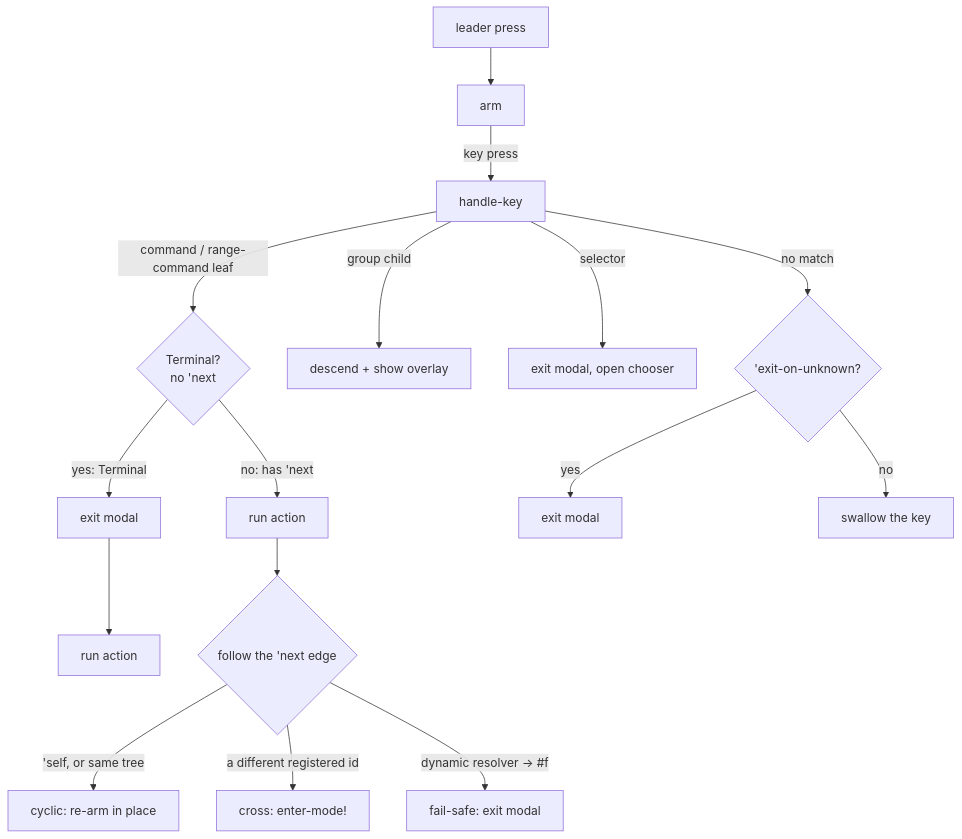
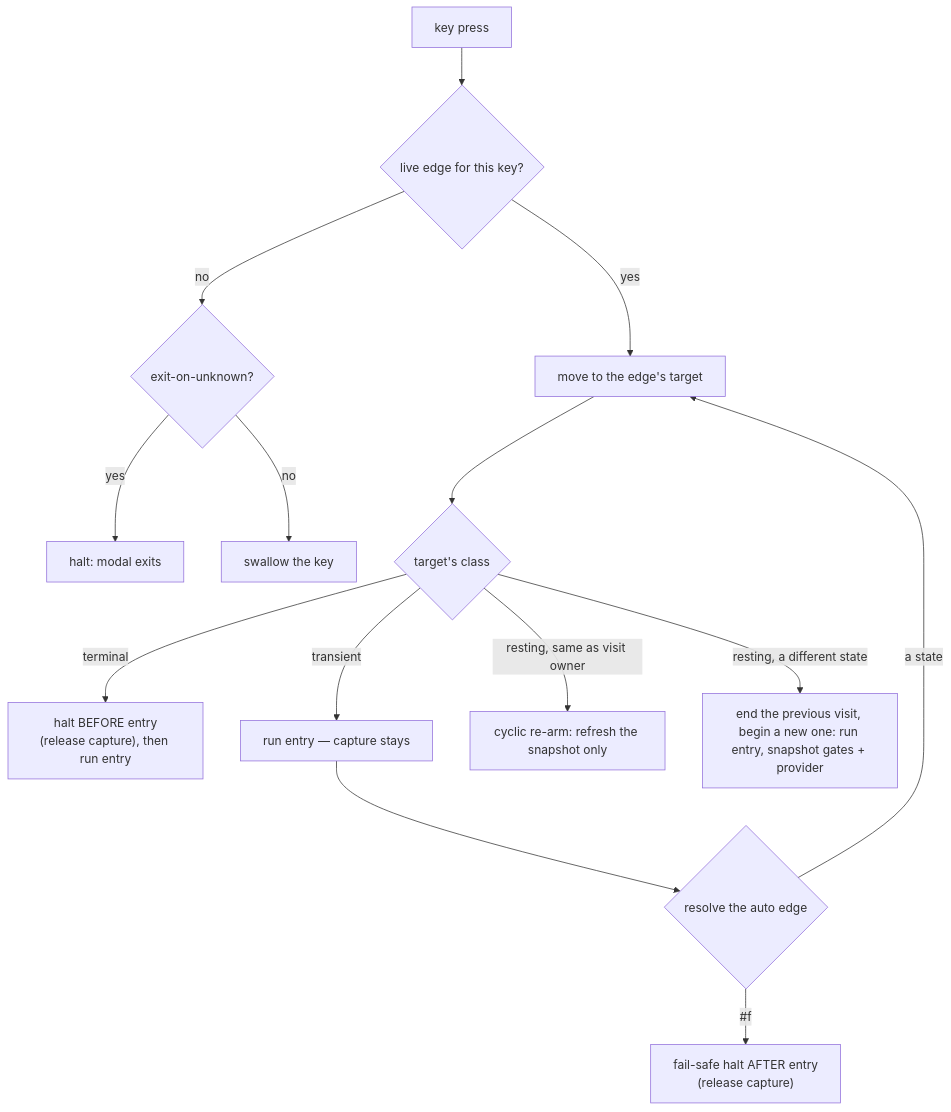
The diagram in docs/reference/state-machine.md (Linkuistics/Modaliser), drawn with Mermaid before and after one commit. The commit also changed other lines of this file and 112 other files, not shown here.

````diff
--- a/docs/reference/state-machine.md
+++ b/docs/reference/state-machine.md
@@ -13,20 +59,16 @@
 ```mermaid
 flowchart TD
-    A[leader press] --> B[arm]
-    B -->|key press| C[handle-key]
-
-    C -->|command / range-command leaf| D{Terminal?<br/>no 'next}
-    D -->|yes: Terminal| E[exit modal]
-    E --> F[run action]
-    D -->|no: has 'next| G[run action]
-    G --> H{follow the 'next edge}
-    H -->|'self, or same tree| I[cyclic: re-arm in place]
-    H -->|a different registered id| J["cross: enter-mode!"]
-    H -->|dynamic resolver → #f| K[fail-safe: exit modal]
-
-    C -->|group child| L[descend + show overlay]
-    C -->|selector| M[exit modal, open chooser]
-    C -->|no match| N{'exit-on-unknown?}
-    N -->|yes| O[exit modal]
-    N -->|no| P[swallow the key]
+    A[key press] --> B{live edge for this key?}
+    B -->|no| C{exit-on-unknown?}
+    C -->|yes| D[halt: modal exits]
+    C -->|no| E[swallow the key]
+    B -->|yes| F[move to the edge's target]
+    F --> G{target's class}
+    G -->|terminal| H["halt BEFORE entry\n(release capture), then run entry"]
+    G -->|transient| I[run entry — capture stays]
+    I --> J{resolve the auto edge}
+    J -->|a state| F
+    J -->|#f| K["fail-safe halt AFTER entry\n(release capture)"]
+    G -->|resting, same as visit owner| L[cyclic re-arm: refresh the snapshot only]
+    G -->|resting, a different state| M[end the previous visit, begin a new one: run entry, snapshot gates + provider]
 ```
````
